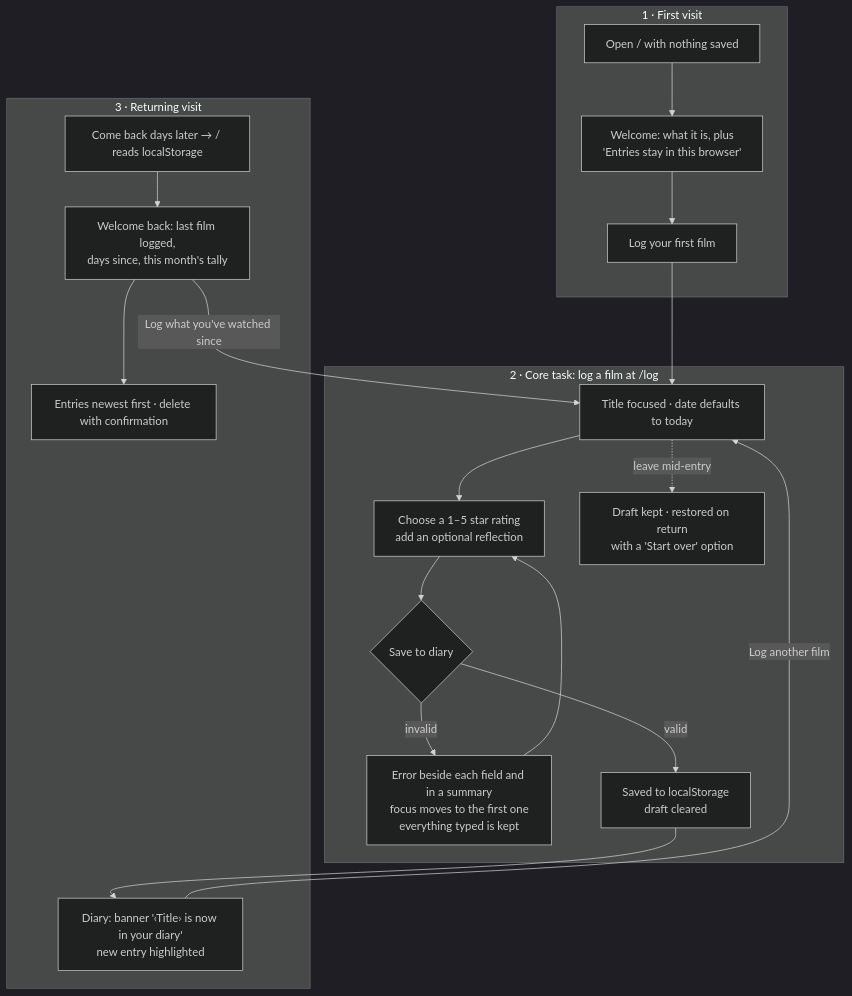
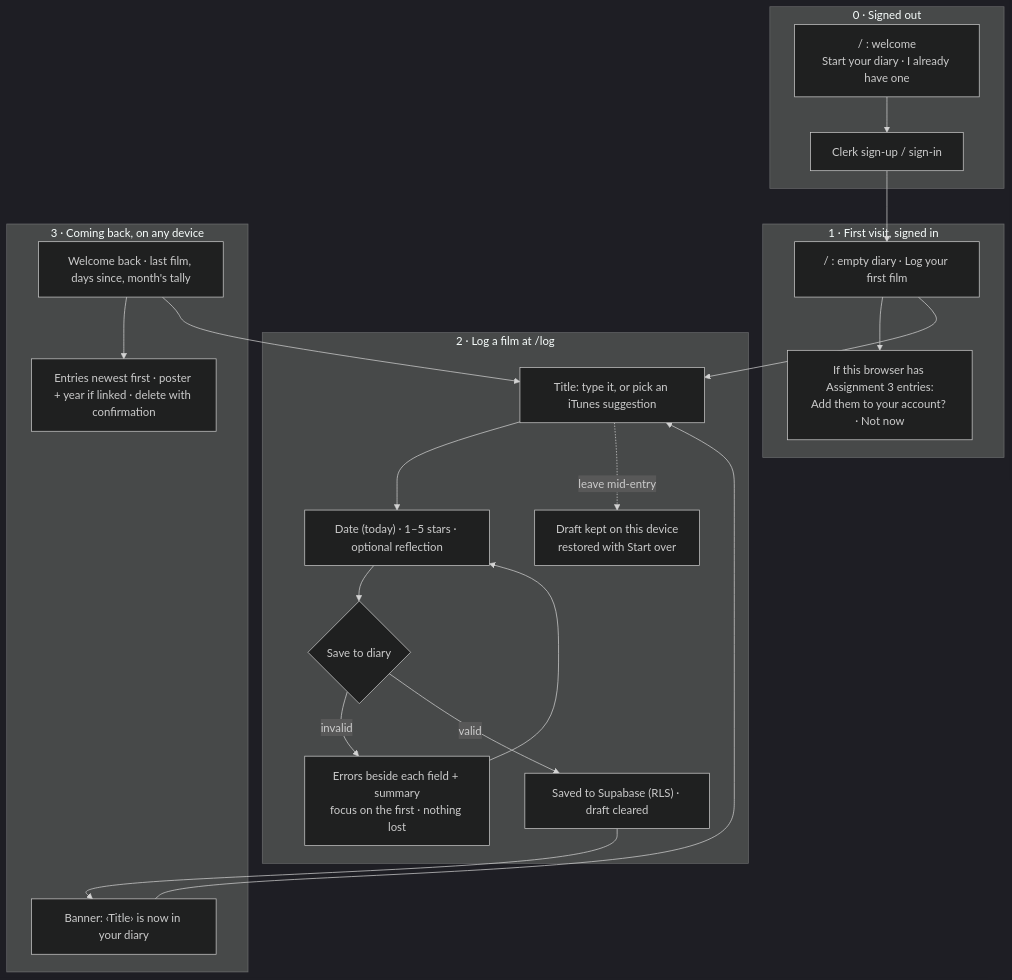
One commit to ruitan01/after-the-credits changed the second of 2 diagrams in README.md. Above: the diagram before and after it, drawn with Mermaid (dark theme). The commit also changed other lines of this file and 1 other file, not shown here.

First line of the commit message:
docs: describe Assignment 4 in the README; deploy as a separate project

````diff
--- a/README.md
+++ b/README.md
@@ -22,27 +113,27 @@
 ```mermaid
 flowchart TD
-    subgraph F1["1 · First visit"]
-        A["Open / with nothing saved"] --> B["Welcome: what it is, plus<br/>'Entries stay in this browser'"]
-        B --> C["Log your first film"]
+    subgraph F0["0 · Signed out"]
+        W["/ : welcome<br/>Start your diary · I already have one"] --> S["Clerk sign-up / sign-in"]
     end
-
-    subgraph F2["2 · Core task: log a film at /log"]
-        D["Title focused · date defaults to today"] --> E["Choose a 1–5 star rating<br/>add an optional reflection"]
-        E --> F{"Save to diary"}
-        F -- "invalid" --> G["Error beside each field and in a summary<br/>focus moves to the first one<br/>everything typed is kept"]
-        G --> E
-        F -- "valid" --> H["Saved to localStorage<br/>draft cleared"]
-        D -. "leave mid-entry" .-> X["Draft kept · restored on return<br/>with a 'Start over' option"]
+    subgraph F1["1 · First visit, signed in"]
+        E["/ : empty diary · Log your first film"]
+        O["If this browser has Assignment 3 entries:<br/>Add them to your account? · Not now"]
     end
-
-    subgraph F3["3 · Returning visit"]
-        I["Diary: banner '‹Title› is now in your diary'<br/>new entry highlighted"]
-        J["Come back days later → / reads localStorage"] --> K["Welcome back: last film logged,<br/>days since, this month's tally"]
-        K --> L["Entries newest first · delete with confirmation"]
+    subgraph F2["2 · Log a film at /log"]
+        T["Title: type it, or pick an iTunes suggestion"] --> R["Date (today) · 1–5 stars · optional reflection"]
+        R --> V{"Save to diary"}
+        V -- "invalid" --> X["Errors beside each field + summary<br/>focus on the first · nothing lost"]
+        X --> R
+        V -- "valid" --> P["Saved to Supabase (RLS) · draft cleared"]
+        T -. "leave mid-entry" .-> D["Draft kept on this device<br/>restored with Start over"]
     end
-
-    C --> D
-    H --> I
-    I -- "Log another film" --> D
-    K -- "Log what you've watched since" --> D
+    subgraph F3["3 · Coming back, on any device"]
+        B["Banner: ‹Title› is now in your diary"]
+        K["Welcome back · last film, days since, month's tally"] --> L["Entries newest first · poster + year if linked · delete with confirmation"]
+    end
+    S --> E
+    E --> O
+    E --> T
+    P --> B --> T
+    K --> T
 ```
````
